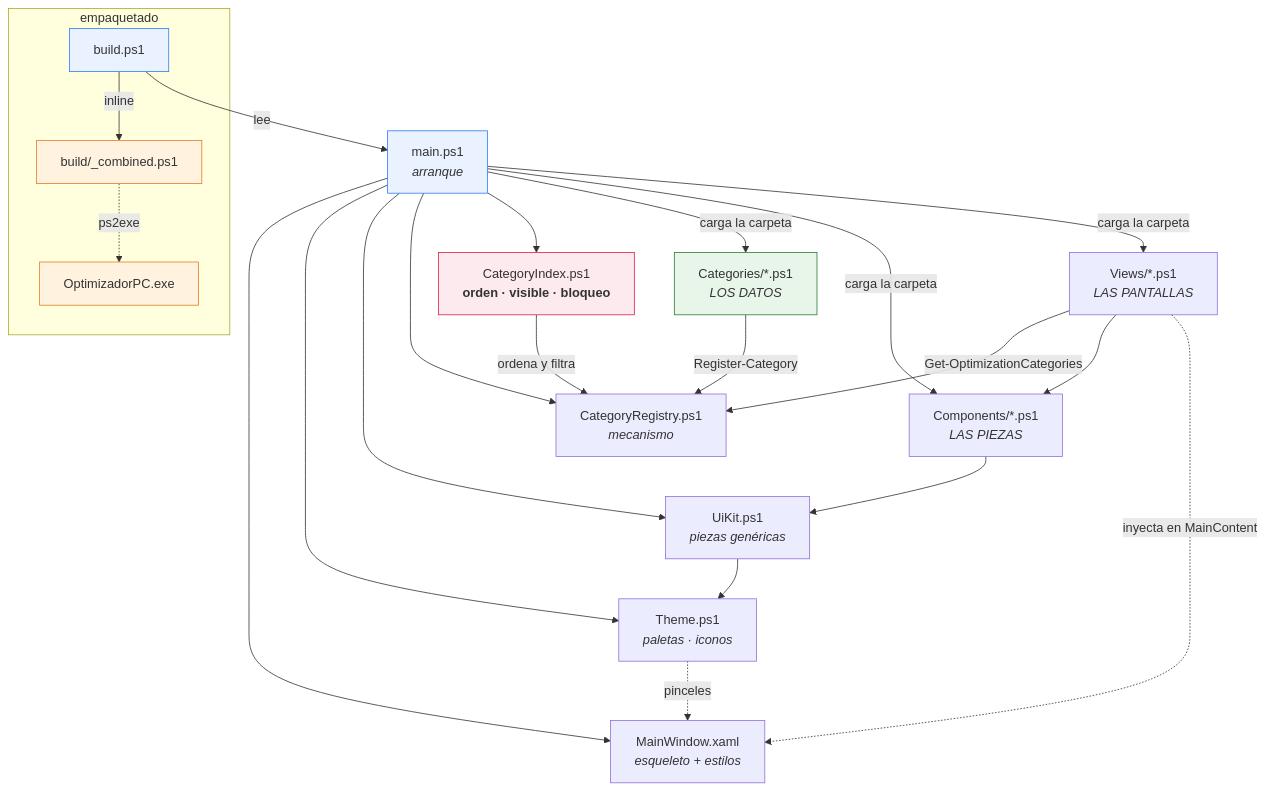
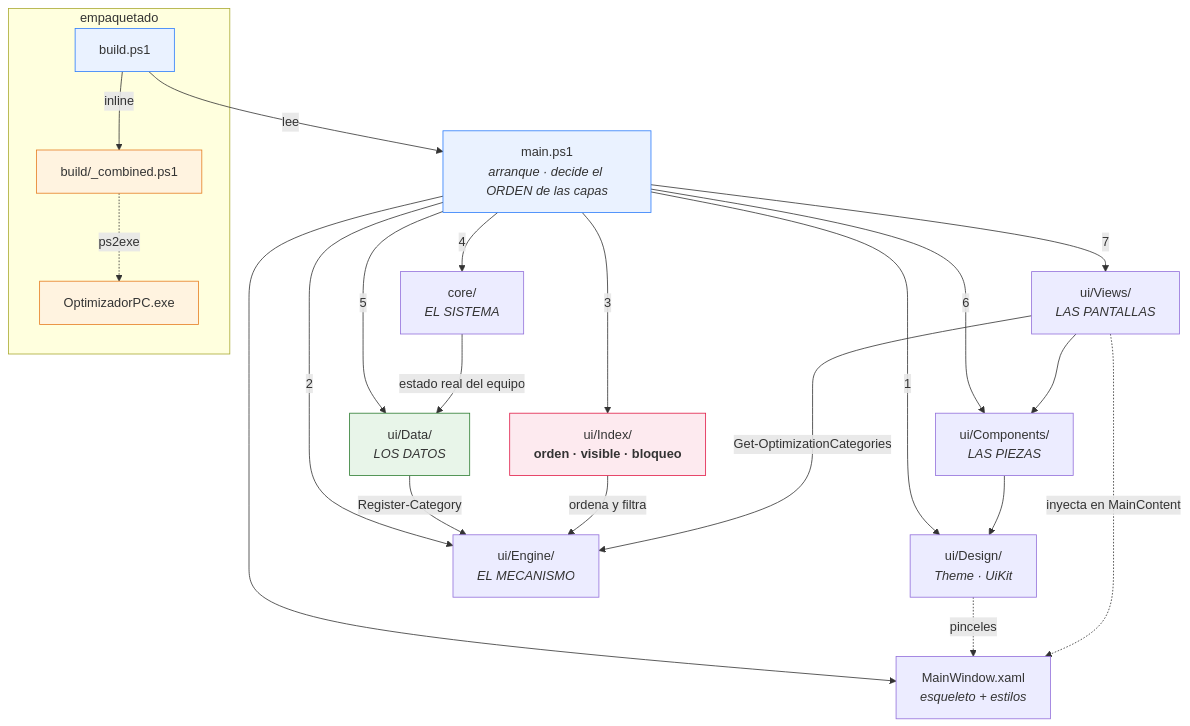
One commit to johansparra/OptimizadorPC changed the first of 4 diagrams in README.md. Above: the diagram before and after it, drawn with Mermaid. The commit also changed other lines of this file and 77 other files, not shown here.

````diff
--- a/README.md
+++ b/README.md
@@ -301,37 +347,38 @@
 ```mermaid
 graph TD
     subgraph BUILD["empaquetado"]
         BLD["build.ps1"] -->|inline| COMB["build/_combined.ps1"]
         COMB -.->|ps2exe| EXE["OptimizadorPC.exe"]
     end
 
-    MAIN["main.ps1<br/><i>arranque</i>"] --> XAML["MainWindow.xaml<br/><i>esqueleto + estilos</i>"]
-    MAIN --> THEME["Theme.ps1<br/><i>paletas · iconos</i>"]
-    MAIN --> KIT["UiKit.ps1<br/><i>piezas genéricas</i>"]
-    MAIN --> REG["CategoryRegistry.ps1<br/><i>mecanismo</i>"]
-    MAIN --> IDX["CategoryIndex.ps1<br/><b>orden · visible · bloqueo</b>"]
+    MAIN["main.ps1<br/><i>arranque · decide el ORDEN de las capas</i>"]
 
-    MAIN -->|carga la carpeta| CATS["Categories/*.ps1<br/><i>LOS DATOS</i>"]
-    MAIN -->|carga la carpeta| COMPS["Components/*.ps1<br/><i>LAS PIEZAS</i>"]
-    MAIN -->|carga la carpeta| VIEWS["Views/*.ps1<br/><i>LAS PANTALLAS</i>"]
+    MAIN -->|1| DESIGN["ui/Design/<br/><i>Theme · UiKit</i>"]
+    MAIN -->|2| ENGINE["ui/Engine/<br/><i>EL MECANISMO</i>"]
+    MAIN -->|3| IDX["ui/Index/<br/><b>orden · visible · bloqueo</b>"]
+    MAIN -->|4| CORE["core/<br/><i>EL SISTEMA</i>"]
+    MAIN -->|5| DATA["ui/Data/<br/><i>LOS DATOS</i>"]
+    MAIN -->|6| COMPS["ui/Components/<br/><i>LAS PIEZAS</i>"]
+    MAIN -->|7| VIEWS["ui/Views/<br/><i>LAS PANTALLAS</i>"]
+    MAIN --> XAML["MainWindow.xaml<br/><i>esqueleto + estilos</i>"]
 
-    CATS -->|Register-Category| REG
-    IDX -->|ordena y filtra| REG
-    VIEWS -->|Get-OptimizationCategories| REG
+    DATA -->|Register-Category| ENGINE
+    IDX -->|ordena y filtra| ENGINE
+    VIEWS -->|Get-OptimizationCategories| ENGINE
     VIEWS --> COMPS
-    COMPS --> KIT
-    KIT --> THEME
-    THEME -.->|pinceles| XAML
+    COMPS --> DESIGN
+    CORE -->|estado real del equipo| DATA
+    DESIGN -.->|pinceles| XAML
     VIEWS -.->|inyecta en MainContent| XAML
 
     BLD -->|lee| MAIN
 
     classDef data fill:#E8F5E9,stroke:#2E7D32,color:#333
     classDef gen fill:#FFF3E0,stroke:#E67E22,color:#333
     classDef entry fill:#EAF2FF,stroke:#2D7DFB,color:#333
     classDef main fill:#FDEAEF,stroke:#E11D48,color:#333
-    class CATS data
+    class DATA data
     class COMB,EXE gen
     class MAIN,BLD entry
     class IDX main
 ```
````
